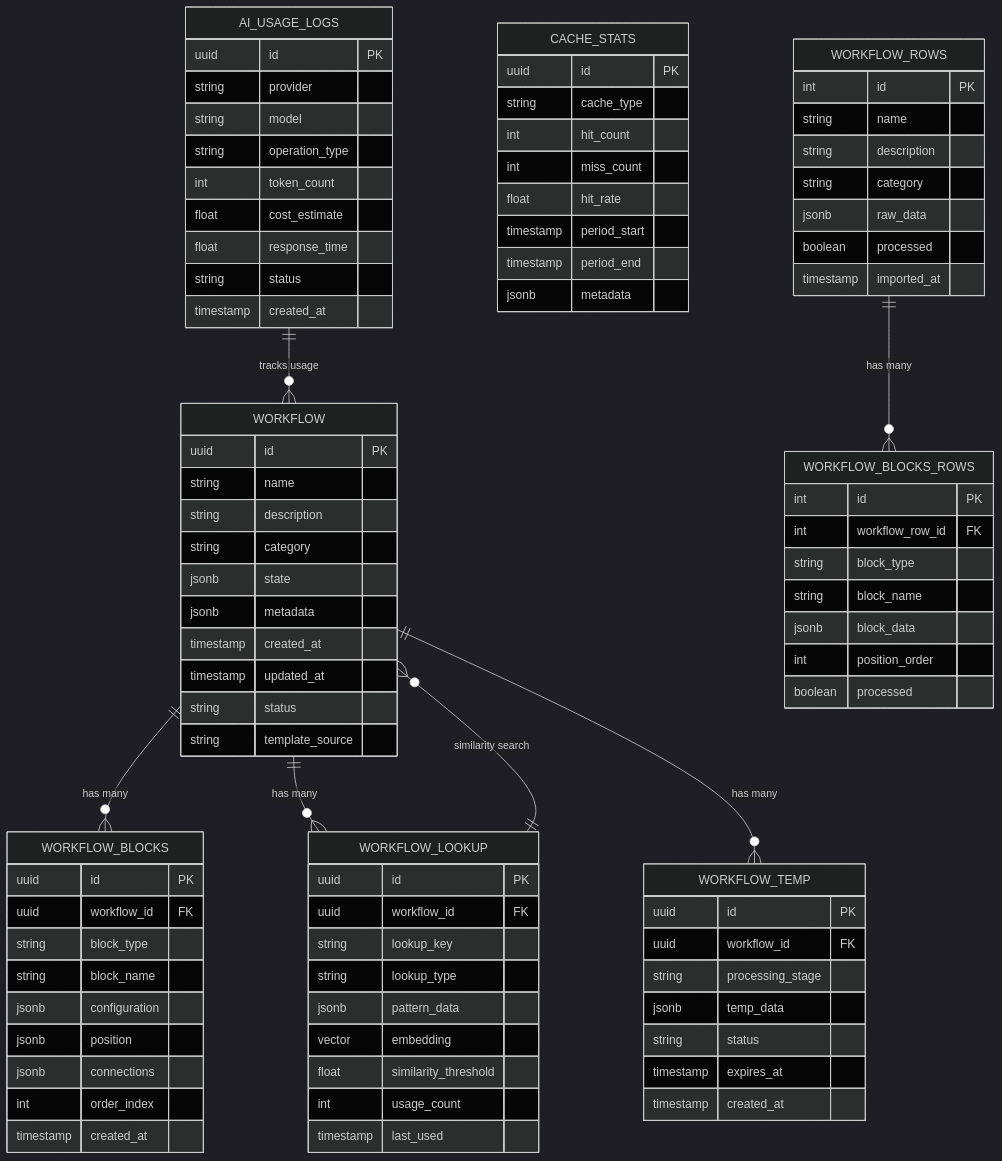
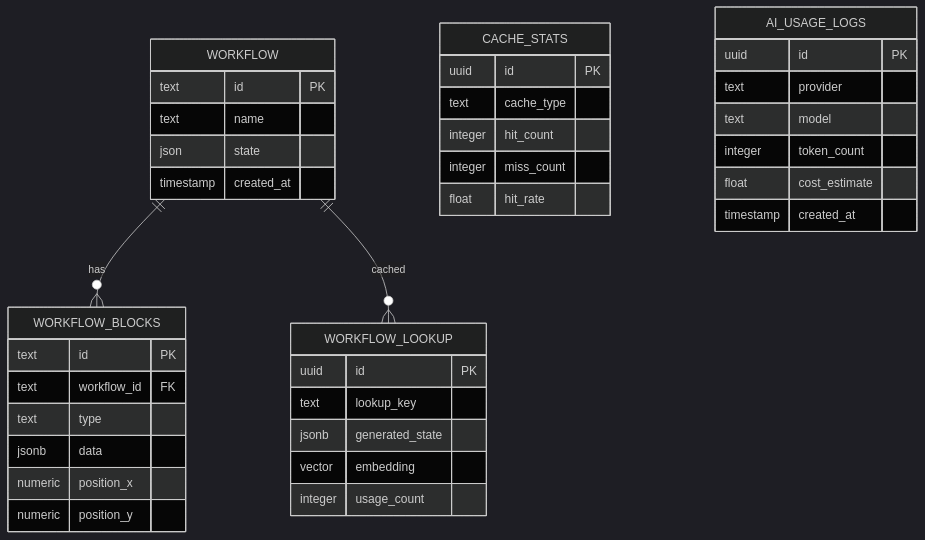
Before and after one commit to Rizkin/Solidus: the third of 5 diagrams in docs/TECHNICAL_ARCHITECTURE.md, drawn with Mermaid (dark theme). The commit also changed other lines of this file and 1 other file, not shown here.

First line of the commit message:
Fix technical architecture and add missing database tables

````diff
--- a/docs/TECHNICAL_ARCHITECTURE.md
+++ b/docs/TECHNICAL_ARCHITECTURE.md
@@ -432,102 +142,46 @@
 ```mermaid
 erDiagram
     WORKFLOW {
-        uuid id PK
-        string name
-        string description
-        string category
-        jsonb state
-        jsonb metadata
+        text id PK
+        text name
+        json state
         timestamp created_at
-        timestamp updated_at
-        string status
-        string template_source
     }
     
     WORKFLOW_BLOCKS {
-        uuid id PK
-        uuid workflow_id FK
-        string block_type
-        string block_name
-        jsonb configuration
-        jsonb position
-        jsonb connections
-        int order_index
-        timestamp created_at
+        text id PK
+        text workflow_id FK
+        text type
+        jsonb data
+        numeric position_x
+        numeric position_y
     }
     
     WORKFLOW_LOOKUP {
         uuid id PK
-        uuid workflow_id FK
-        string lookup_key
-        string lookup_type
-        jsonb pattern_data
+        text lookup_key
+        jsonb generated_state
         vector embedding
-        float similarity_threshold
-        int usage_count
-        timestamp last_used
-    }
-    
-    WORKFLOW_TEMP {
-        uuid id PK
-        uuid workflow_id FK
-        string processing_stage
-        jsonb temp_data
-        string status
-        timestamp expires_at
-        timestamp created_at
-    }
-    
-    WORKFLOW_ROWS {
-        int id PK
-        string name
-        string description
-        string category
-        jsonb raw_data
-        boolean processed
-        timestamp imported_at
-    }
-    
-    WORKFLOW_BLOCKS_ROWS {
-        int id PK
-        int workflow_row_id FK
-        string block_type
-        string block_name
-        jsonb block_data
-        int position_order
-        boolean processed
+        integer usage_count
     }
     
     CACHE_STATS {
         uuid id PK
-        string cache_type
-        int hit_count
-        int miss_count
+        text cache_type
+        integer hit_count
+        integer miss_count
         float hit_rate
-        timestamp period_start
-        timestamp period_end
-        jsonb metadata
     }
     
     AI_USAGE_LOGS {
         uuid id PK
-        string provider
-        string model
-        string operation_type
-        int token_count
+        text provider
+        text model
+        integer token_count
         float cost_estimate
-        float response_time
-        string status
         timestamp created_at
     }
     
-    %% Relationships
-    WORKFLOW ||--o{ WORKFLOW_BLOCKS : "has many"
-    WORKFLOW ||--o{ WORKFLOW_LOOKUP : "has many"
-    WORKFLOW ||--o{ WORKFLOW_TEMP : "has many"
-    WORKFLOW_ROWS ||--o{ WORKFLOW_BLOCKS_ROWS : "has many"
-    
-    %% Indexes
-    WORKFLOW_LOOKUP ||--o{ WORKFLOW : "similarity search"
-    AI_USAGE_LOGS ||--o{ WORKFLOW : "tracks usage"
+    WORKFLOW ||--o{ WORKFLOW_BLOCKS : has
+    WORKFLOW ||--o{ WORKFLOW_LOOKUP : cached
 ```
````
